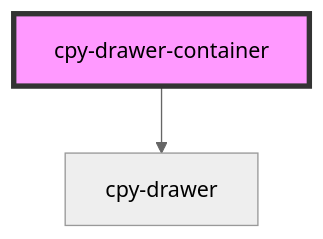
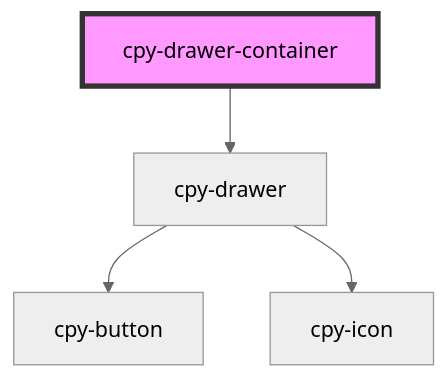
One commit to Lith1um/Canopy-Stencil changed the diagram in stencil-lib/src/components/drawer-container/readme.md. Above: the diagram before and after it, drawn with Mermaid (neutral theme). The commit also changed other lines of this file and 23 other files, not shown here.

````diff
--- a/stencil-lib/src/components/drawer-container/readme.md
+++ b/stencil-lib/src/components/drawer-container/readme.md
@@ -23,5 +30,7 @@
 ```mermaid
 graph TD;
   cpy-drawer-container --> cpy-drawer
+  cpy-drawer --> cpy-button
+  cpy-drawer --> cpy-icon
   style cpy-drawer-container fill:#f9f,stroke:#333,stroke-width:4px
 ```
````
